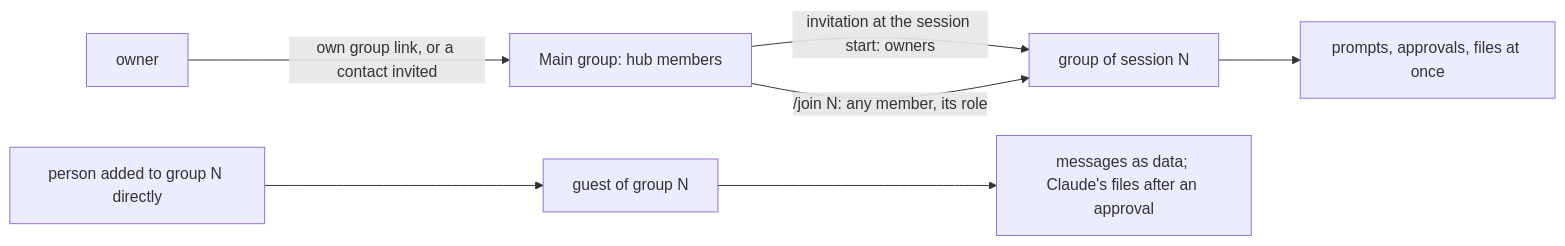
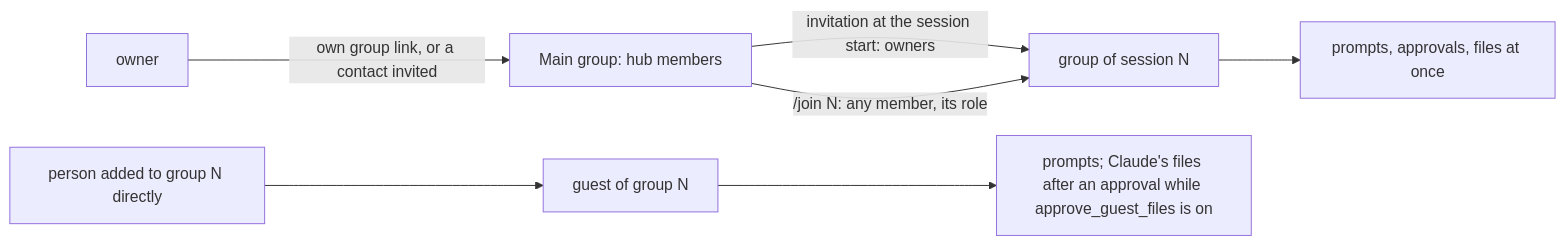
Before and after one commit to simplex-chat/simplex-chat: the sixth of 24 diagrams in plans/2026-11-07-mcp-claude-code-channel.md, drawn with Mermaid. The commit also changed other lines of this file, not shown here.

First line of the commit message:
plan: //, /!, guest prompts, parts of a message, approve_guest_files

````diff
--- a/plans/2026-11-07-mcp-claude-code-channel.md
+++ b/plans/2026-11-07-mcp-claude-code-channel.md
@@ -305,9 +312,9 @@
 ```mermaid
 flowchart LR
   O[owner] -- own group link, or a contact invited --> M[Main group: hub members]
   M -- invitation at the session start: owners --> G[group of session N]
   M -- /join N: any member, its role --> G
   X[person added to group N directly] --> Q[guest of group N]
   G --> A[prompts, approvals, files at once]
-  Q --> B[messages as data; Claude's files after an approval]
+  Q --> B[prompts; Claude's files after an approval while approve_guest_files is on]
 ```
````
